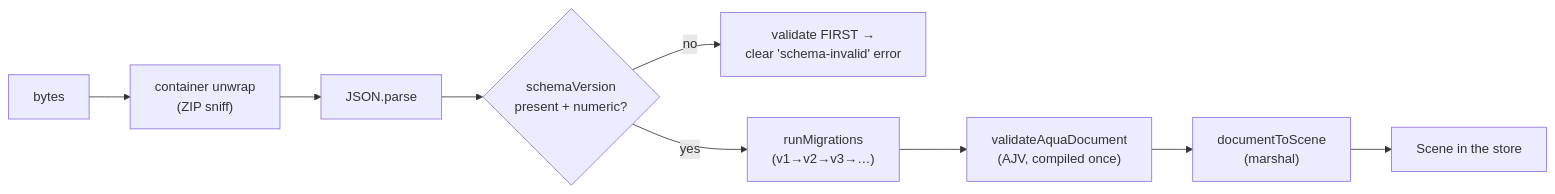
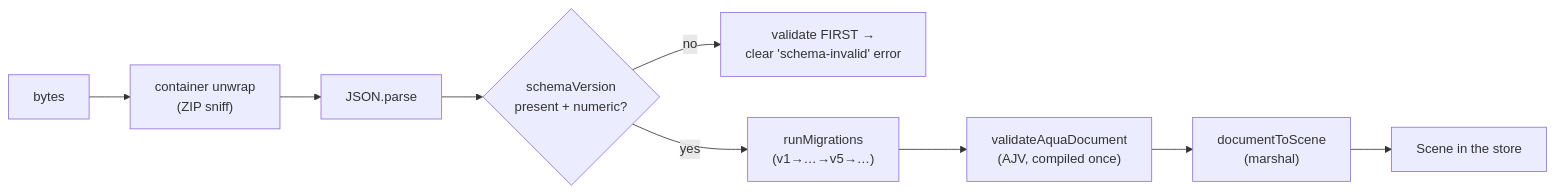
The second of 2 diagrams in docs/architecture/document-format.md (joebarbere/aquascape), drawn with Mermaid before and after one commit. The commit also changed other lines of this file and 20 other files, not shown here.

````diff
--- a/docs/architecture/document-format.md
+++ b/docs/architecture/document-format.md
@@ -66,11 +72,11 @@
 ```mermaid
 flowchart LR
     A[bytes] --> B["container unwrap<br/>(ZIP sniff)"]
     B --> C[JSON.parse]
     C --> D{schemaVersion<br/>present + numeric?}
     D -- no --> V1["validate FIRST →<br/>clear 'schema-invalid' error"]
-    D -- yes --> E["runMigrations<br/>(v1→v2→v3→…)"]
+    D -- yes --> E["runMigrations<br/>(v1→…→v5→…)"]
     E --> F["validateAquaDocument<br/>(AJV, compiled once)"]
     F --> G["documentToScene<br/>(marshal)"]
     G --> H[Scene in the store]
 ```
````
